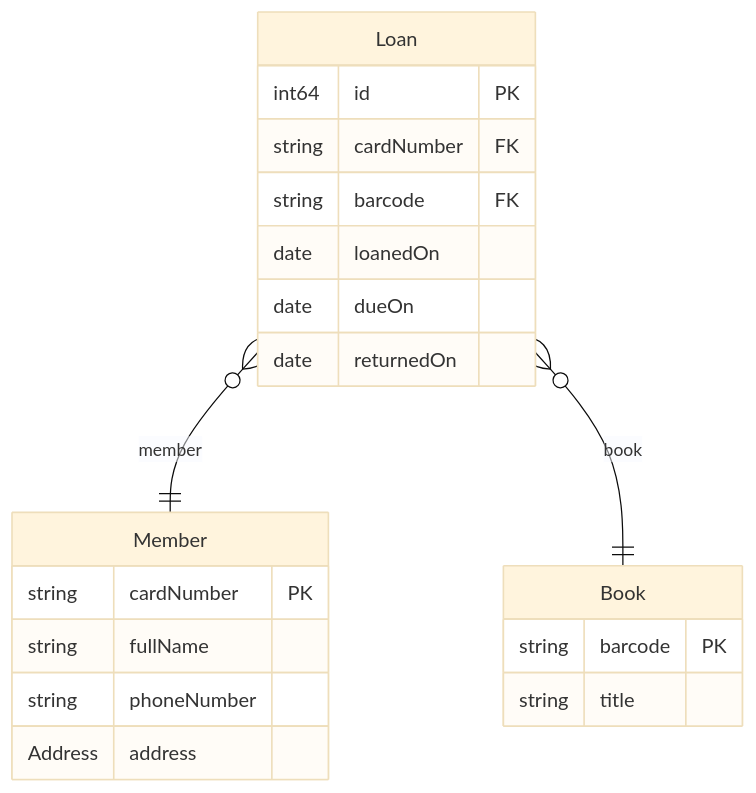
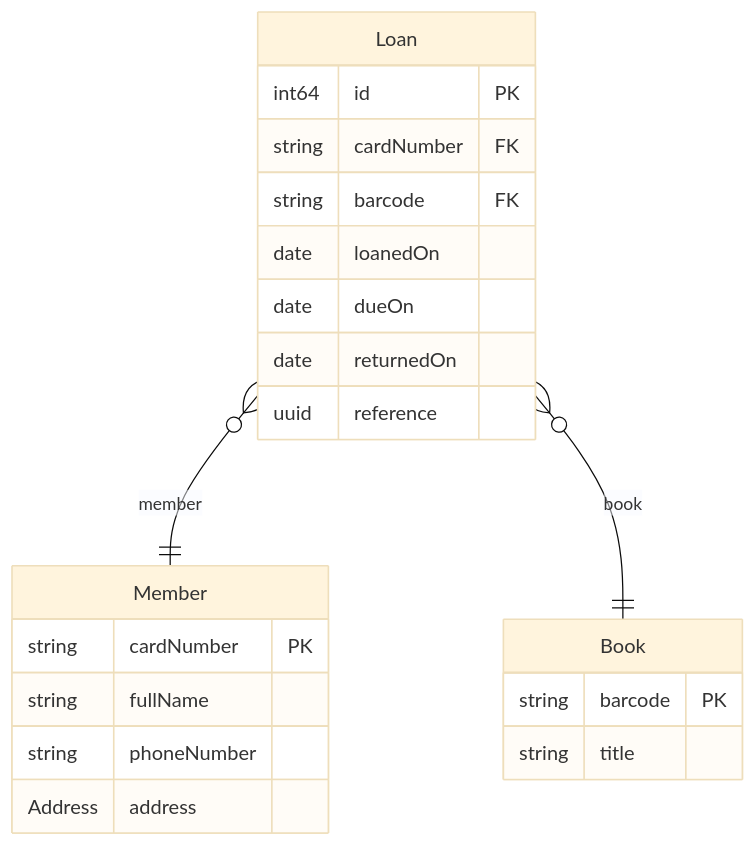
Before and after one commit to SpecArch/specarch: the first of 6 diagrams in examples/lending-desk/docs/techspec.md, drawn with Mermaid (base theme). The commit also changed other lines of this file and 131 other files, not shown here.

````diff
--- a/examples/lending-desk/docs/techspec.md
+++ b/examples/lending-desk/docs/techspec.md
@@ -79,23 +79,24 @@
 ```mermaid
 erDiagram
   Loan }o--|| Member : member
   Loan }o--|| Book : book
   Member {
     string cardNumber PK
     string fullName
     string phoneNumber
     Address address
   }
   Book {
     string barcode PK
     string title
   }
   Loan {
     int64 id PK
     string cardNumber FK
     string barcode FK
     date loanedOn
     date dueOn
     date returnedOn
+    uuid reference
   }
 ```
````
